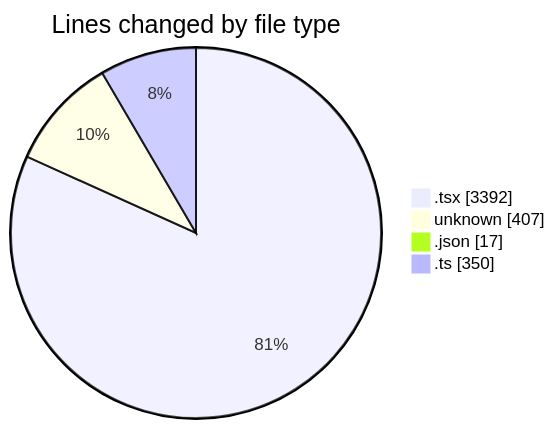
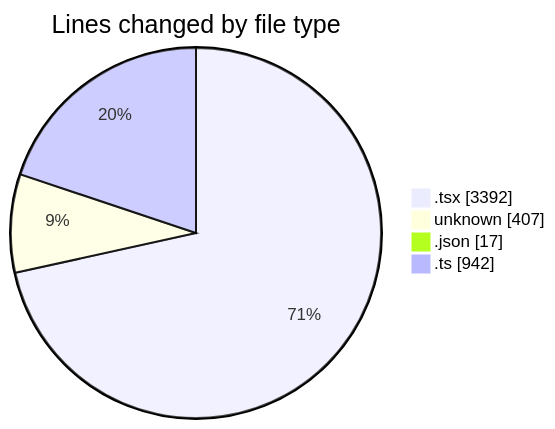
The first of 2 diagrams in 2025-06-20/archive/README.md (JenPaints/code-tracking), drawn with Mermaid before and after one commit. The commit also changed other lines of this file and 1 other file, not shown here.

````diff
--- a/2025-06-20/archive/README.md
+++ b/2025-06-20/archive/README.md
@@ -33,8 +34,8 @@
 ```mermaid
 pie showData
 title Lines changed by file type
 ".tsx" : 3392
 "unknown" : 407
 ".json" : 17
-".ts" : 350
+".ts" : 942
 ```
````
